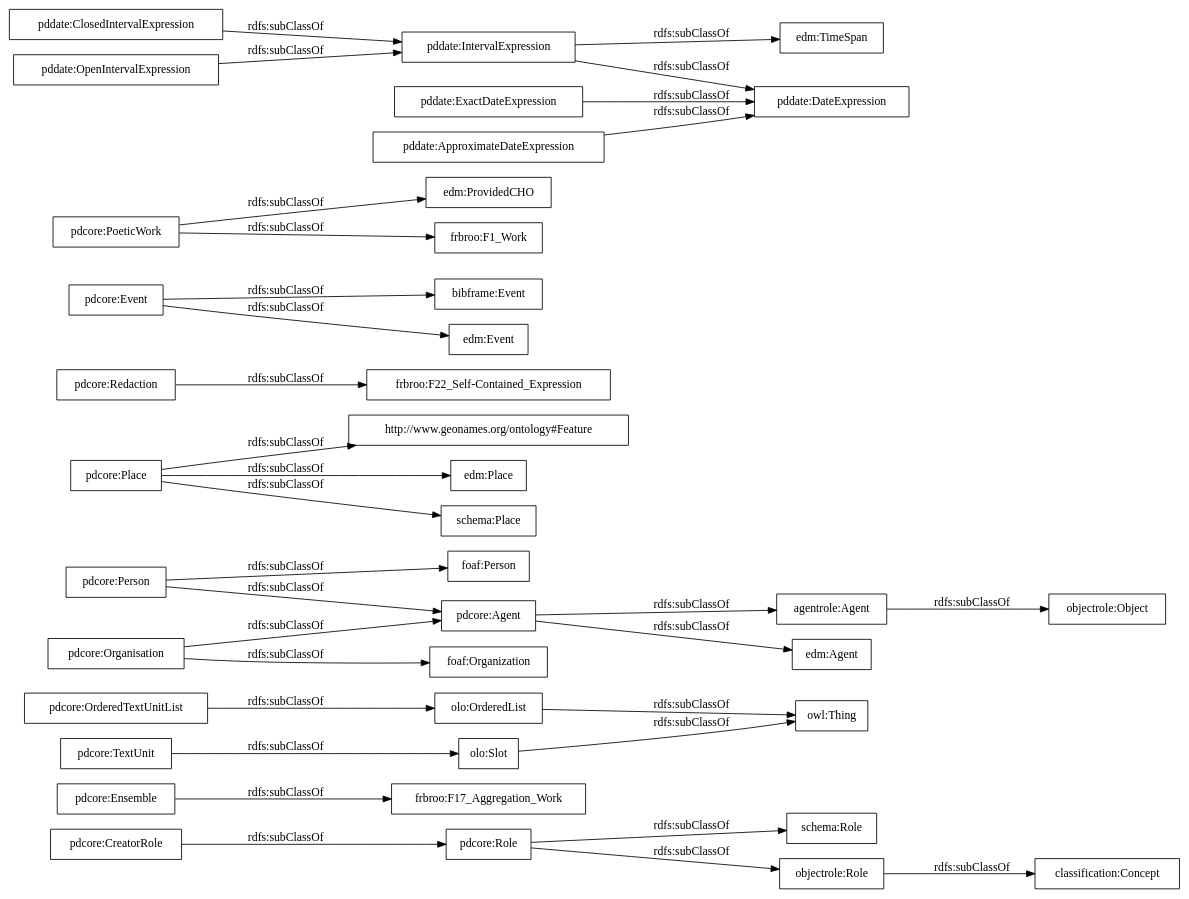
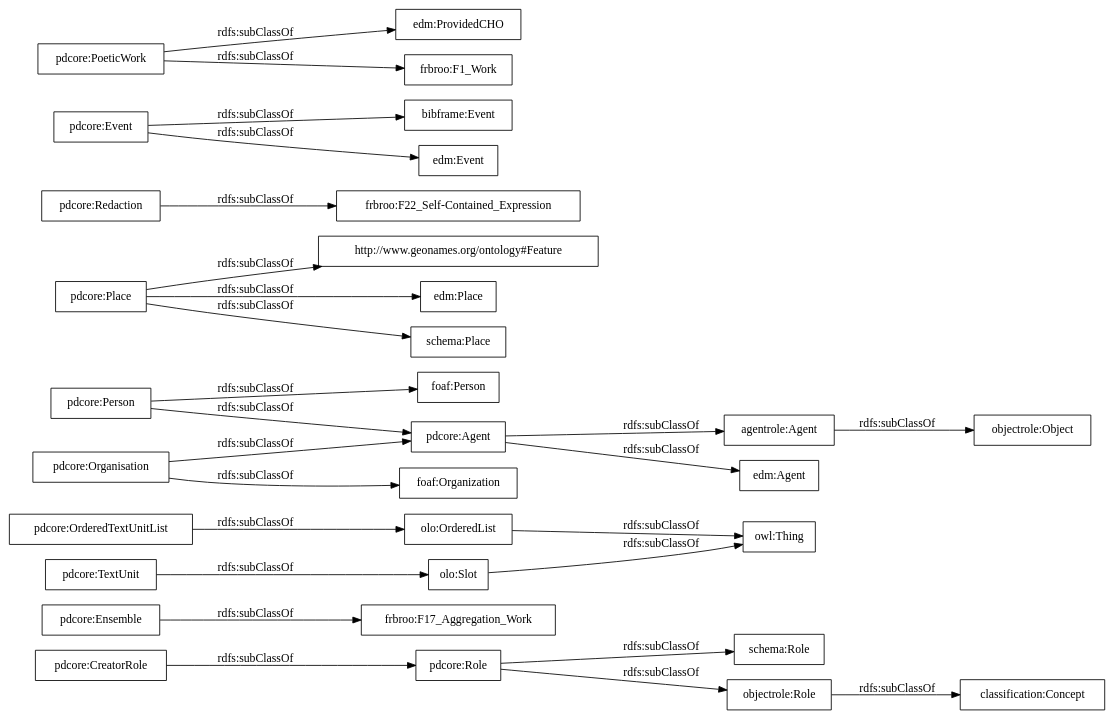
One commit to linhd-postdata/core-ontology changed the diagram in OnToology/postdata-core.owl/diagrams/ar2dtool-taxonomy/postdata-core.owl.png.dot. Above: the diagram before and after it, drawn with Graphviz. The commit also changed 45 other files, not shown here.

```diff
--- a/OnToology/postdata-core.owl/diagrams/ar2dtool-taxonomy/postdata-core.owl.png.dot
+++ b/OnToology/postdata-core.owl/diagrams/ar2dtool-taxonomy/postdata-core.owl.png.dot
@@ -1,36 +1,30 @@
 digraph ar2dtool_diagram { 
 rankdir=LR;
 size="1000"
-node [shape = rectangle, color="black"]; "pdcore:Role" "frbroo:F17_Aggregation_Work" "pdcore:OrderedTextUnitList" "agentrole:Agent" "http://www.geonames.org/ontology#Feature" "edm:Agent" "pdcore:Agent" "pdcore:CreatorRole" "pdcore:Person" "pdcore:Organisation" "edm:Place" "pdcore:Redaction" "pdcore:Ensemble" "foaf:Person" "frbroo:F22_Self-Contained_Expression" "bibframe:Event" "edm:Event" "pdcore:TextUnit" "foaf:Organization" "edm:ProvidedCHO" "pdcore:Place" "schema:Place" "pdcore:Event" "pdcore:PoeticWork" "frbroo:F1_Work" "schema:Role" "owl:Thing" "objectrole:Role" "objectrole:Object" "olo:Slot" "olo:OrderedList" "pddate:ClosedIntervalExpression" "pddate:IntervalExpression" "pddate:ExactDateExpression" "pddate:OpenIntervalExpression" "edm:TimeSpan" "pddate:DateExpression" "pddate:ApproximateDateExpression" "classification:Concept" ; /*classes style*/
+node [shape = rectangle, color="black"]; "pdcore:Role" "frbroo:F17_Aggregation_Work" "pdcore:OrderedTextUnitList" "agentrole:Agent" "http://www.geonames.org/ontology#Feature" "edm:Agent" "pdcore:Agent" "pdcore:CreatorRole" "pdcore:Person" "pdcore:Organisation" "edm:Place" "pdcore:Redaction" "pdcore:Ensemble" "foaf:Person" "frbroo:F22_Self-Contained_Expression" "bibframe:Event" "edm:Event" "pdcore:TextUnit" "foaf:Organization" "edm:ProvidedCHO" "pdcore:Place" "schema:Place" "pdcore:Event" "pdcore:PoeticWork" "frbroo:F1_Work" "schema:Role" "owl:Thing" "objectrole:Role" "objectrole:Object" "olo:Slot" "olo:OrderedList" "classification:Concept" ; /*classes style*/
+	"pdcore:Redaction" -> "frbroo:F22_Self-Contained_Expression" [ label = "rdfs:subClassOf" ];
+	"pdcore:Role" -> "objectrole:Role" [ label = "rdfs:subClassOf" ];
+	"pdcore:Role" -> "schema:Role" [ label = "rdfs:subClassOf" ];
+	"pdcore:Event" -> "edm:Event" [ label = "rdfs:subClassOf" ];
+	"pdcore:Event" -> "bibframe:Event" [ label = "rdfs:subClassOf" ];
 	"pdcore:Person" -> "foaf:Person" [ label = "rdfs:subClassOf" ];
 	"pdcore:Person" -> "pdcore:Agent" [ label = "rdfs:subClassOf" ];
-	"agentrole:Agent" -> "objectrole:Object" [ label = "rdfs:subClassOf" ];
+	"olo:OrderedList" -> "owl:Thing" [ label = "rdfs:subClassOf" ];
+	"olo:Slot" -> "owl:Thing" [ label = "rdfs:subClassOf" ];
 	"pdcore:PoeticWork" -> "frbroo:F1_Work" [ label = "rdfs:subClassOf" ];
 	"pdcore:PoeticWork" -> "edm:ProvidedCHO" [ label = "rdfs:subClassOf" ];
-	"pddate:OpenIntervalExpression" -> "pddate:IntervalExpression" [ label = "rdfs:subClassOf" ];
-	"objectrole:Role" -> "classification:Concept" [ label = "rdfs:subClassOf" ];
-	"pddate:ClosedIntervalExpression" -> "pddate:IntervalExpression" [ label = "rdfs:subClassOf" ];
+	"pdcore:TextUnit" -> "olo:Slot" [ label = "rdfs:subClassOf" ];
+	"agentrole:Agent" -> "objectrole:Object" [ label = "rdfs:subClassOf" ];
+	"pdcore:Ensemble" -> "frbroo:F17_Aggregation_Work" [ label = "rdfs:subClassOf" ];
+	"pdcore:OrderedTextUnitList" -> "olo:OrderedList" [ label = "rdfs:subClassOf" ];
 	"pdcore:Agent" -> "agentrole:Agent" [ label = "rdfs:subClassOf" ];
 	"pdcore:Agent" -> "edm:Agent" [ label = "rdfs:subClassOf" ];
-	"pddate:ApproximateDateExpression" -> "pddate:DateExpression" [ label = "rdfs:subClassOf" ];
-	"olo:Slot" -> "owl:Thing" [ label = "rdfs:subClassOf" ];
-	"pdcore:Organisation" -> "foaf:Organization" [ label = "rdfs:subClassOf" ];
-	"pdcore:Organisation" -> "pdcore:Agent" [ label = "rdfs:subClassOf" ];
-	"pdcore:Ensemble" -> "frbroo:F17_Aggregation_Work" [ label = "rdfs:subClassOf" ];
-	"olo:OrderedList" -> "owl:Thing" [ label = "rdfs:subClassOf" ];
-	"pdcore:TextUnit" -> "olo:Slot" [ label = "rdfs:subClassOf" ];
-	"pdcore:Redaction" -> "frbroo:F22_Self-Contained_Expression" [ label = "rdfs:subClassOf" ];
+	"objectrole:Role" -> "classification:Concept" [ label = "rdfs:subClassOf" ];
 	"pdcore:Place" -> "edm:Place" [ label = "rdfs:subClassOf" ];
 	"pdcore:Place" -> "schema:Place" [ label = "rdfs:subClassOf" ];
 	"pdcore:Place" -> "http://www.geonames.org/ontology#Feature" [ label = "rdfs:subClassOf" ];
+	"pdcore:Organisation" -> "foaf:Organization" [ label = "rdfs:subClassOf" ];
+	"pdcore:Organisation" -> "pdcore:Agent" [ label = "rdfs:subClassOf" ];
 	"pdcore:CreatorRole" -> "pdcore:Role" [ label = "rdfs:subClassOf" ];
-	"pdcore:Role" -> "objectrole:Role" [ label = "rdfs:subClassOf" ];
-	"pdcore:Role" -> "schema:Role" [ label = "rdfs:subClassOf" ];
-	"pdcore:OrderedTextUnitList" -> "olo:OrderedList" [ label = "rdfs:subClassOf" ];
-	"pddate:IntervalExpression" -> "edm:TimeSpan" [ label = "rdfs:subClassOf" ];
-	"pddate:IntervalExpression" -> "pddate:DateExpression" [ label = "rdfs:subClassOf" ];
-	"pddate:ExactDateExpression" -> "pddate:DateExpression" [ label = "rdfs:subClassOf" ];
-	"pdcore:Event" -> "edm:Event" [ label = "rdfs:subClassOf" ];
-	"pdcore:Event" -> "bibframe:Event" [ label = "rdfs:subClassOf" ];
 
 }
```
